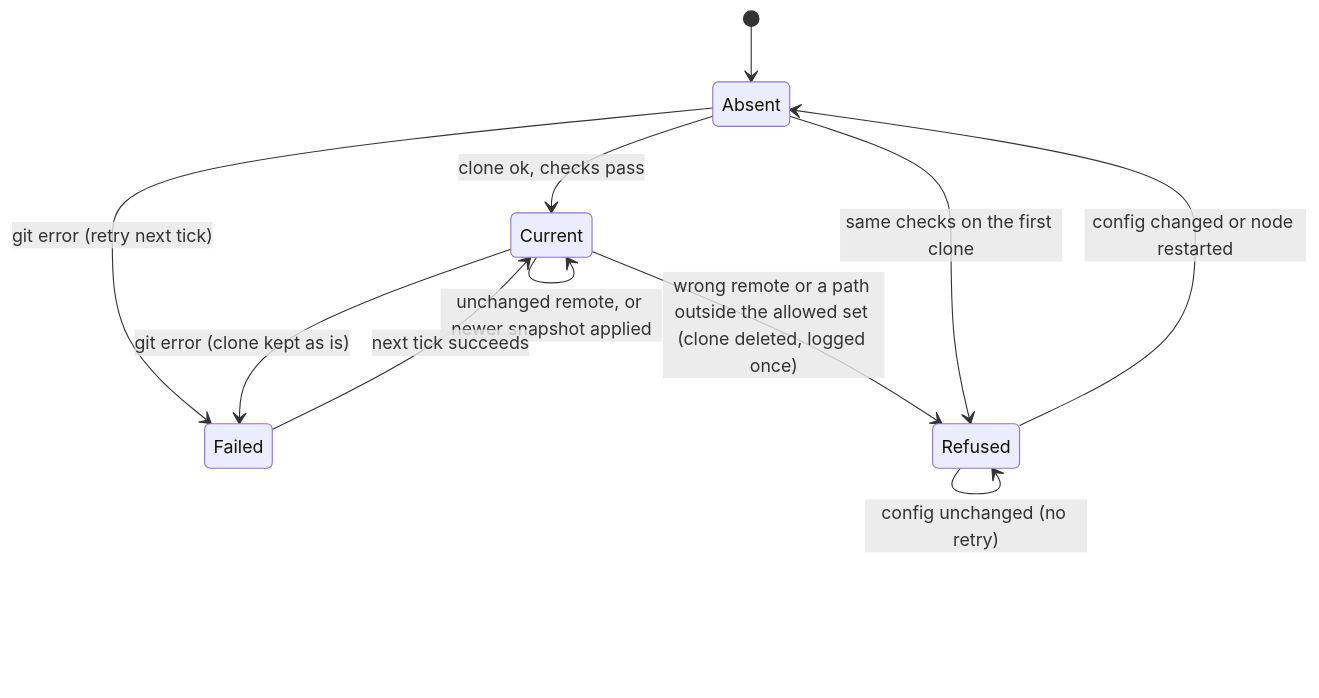
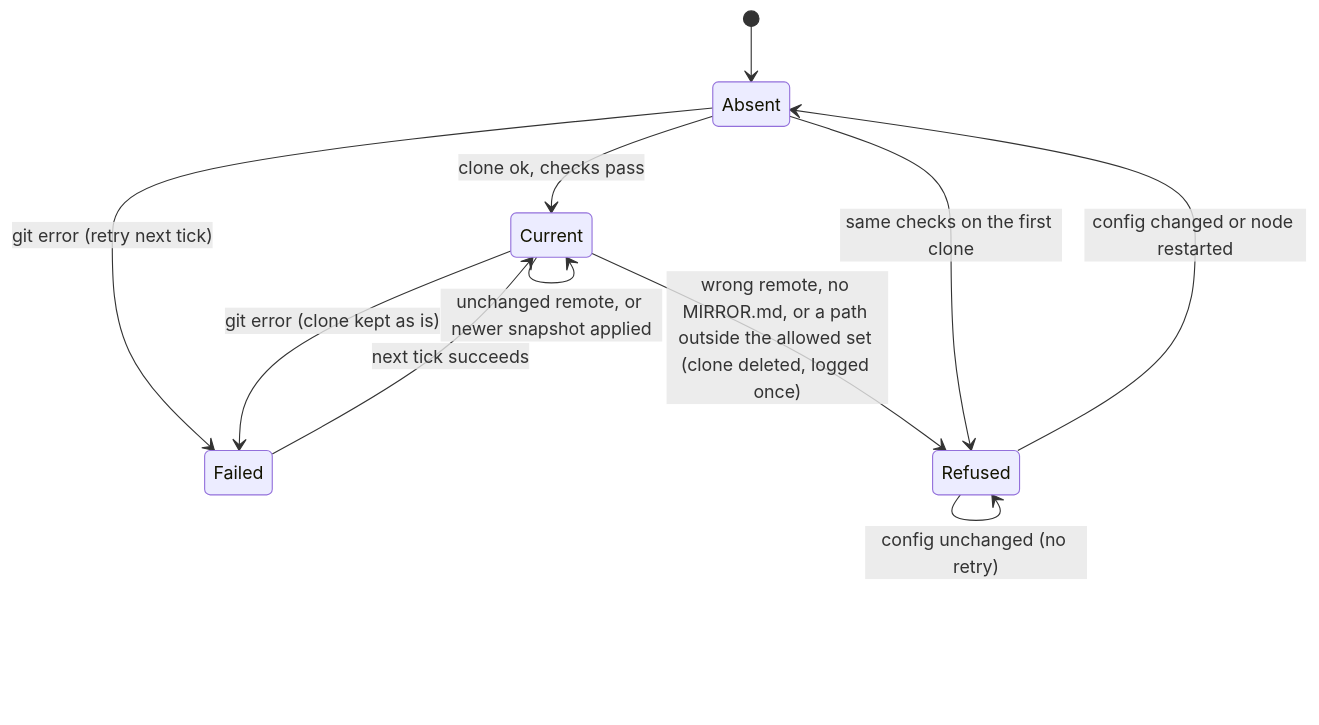
Before and after one commit to zyggy-org/zyggy: the third of 4 diagrams in _specs/47-browsable-memory-laptop.md, drawn with Mermaid. The commit also changed other lines of this file and 1 other file, not shown here.

````diff
--- a/_specs/47-browsable-memory-laptop.md
+++ b/_specs/47-browsable-memory-laptop.md
@@ -99,13 +101,13 @@
 ```mermaid
 stateDiagram-v2
   [*] --> Absent
   Absent --> Current: clone ok, checks pass
   Absent --> Failed: git error (retry next tick)
   Current --> Current: unchanged remote, or newer snapshot applied
   Current --> Failed: git error (clone kept as is)
   Failed --> Current: next tick succeeds
-  Current --> Refused: wrong remote or a path outside the allowed set (clone deleted, logged once)
+  Current --> Refused: wrong remote, no MIRROR.md, or a path outside the allowed set (clone deleted, logged once)
   Absent --> Refused: same checks on the first clone
   Refused --> Refused: config unchanged (no retry)
   Refused --> Absent: config changed or node restarted
 ```
````
